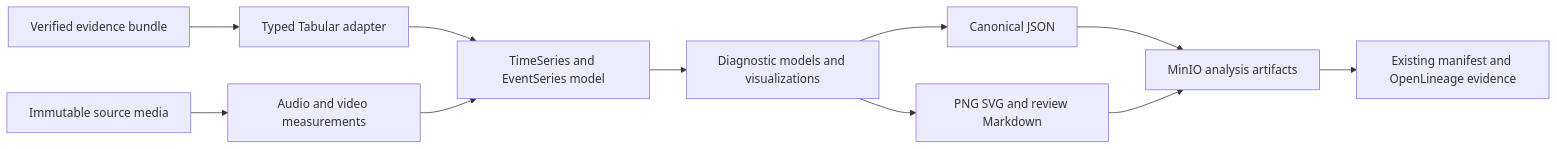
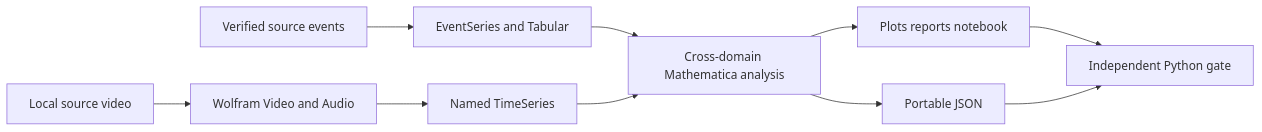
Before and after one commit to KG-khangelani/babelapha: the first of 2 diagrams in Documentation/mathematica/leverage-roadmap.md, drawn with Mermaid. The commit also changed other lines of this file and 28 other files, not shown here.

Commit message:
feat: build local Mathematica media lab

````diff
--- a/Documentation/mathematica/leverage-roadmap.md
+++ b/Documentation/mathematica/leverage-roadmap.md
@@ -9,13 +9,12 @@
 ```mermaid
 flowchart LR
-    A[Verified evidence bundle] --> B[Typed Tabular adapter]
-    C[Immutable source media] --> D[Audio and video measurements]
-    B --> E[TimeSeries and EventSeries model]
-    D --> E
-    E --> F[Diagnostic models and visualizations]
-    F --> G[Canonical JSON]
-    F --> H[PNG SVG and review Markdown]
-    G --> I[MinIO analysis artifacts]
-    H --> I
-    I --> J[Existing manifest and OpenLineage evidence]
+    V[Local source video] --> M[Wolfram Video and Audio]
+    E[Verified source events] --> D[EventSeries and Tabular]
+    M --> T[Named TimeSeries]
+    D --> X[Cross-domain Mathematica analysis]
+    T --> X
+    X --> A[Plots reports notebook]
+    X --> J[Portable JSON]
+    A --> G[Independent Python gate]
+    J --> G
 ```
````
